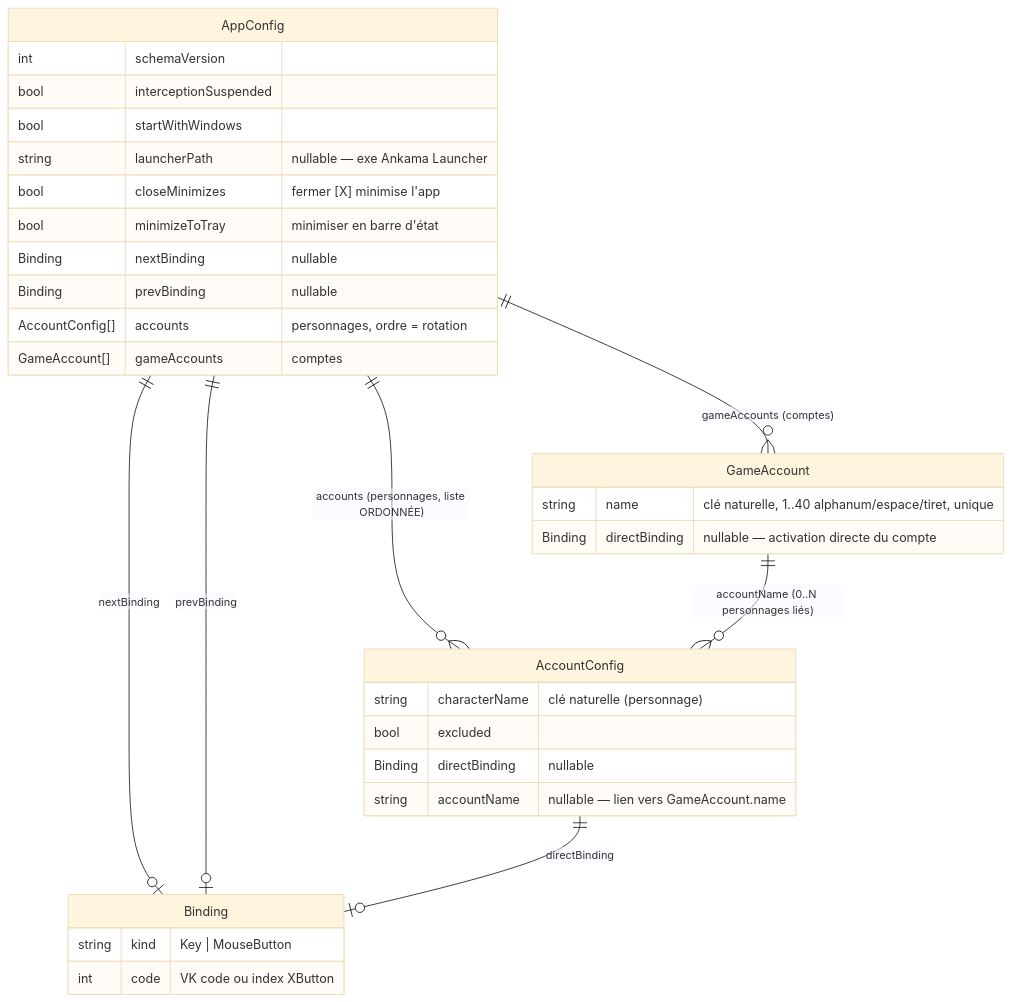
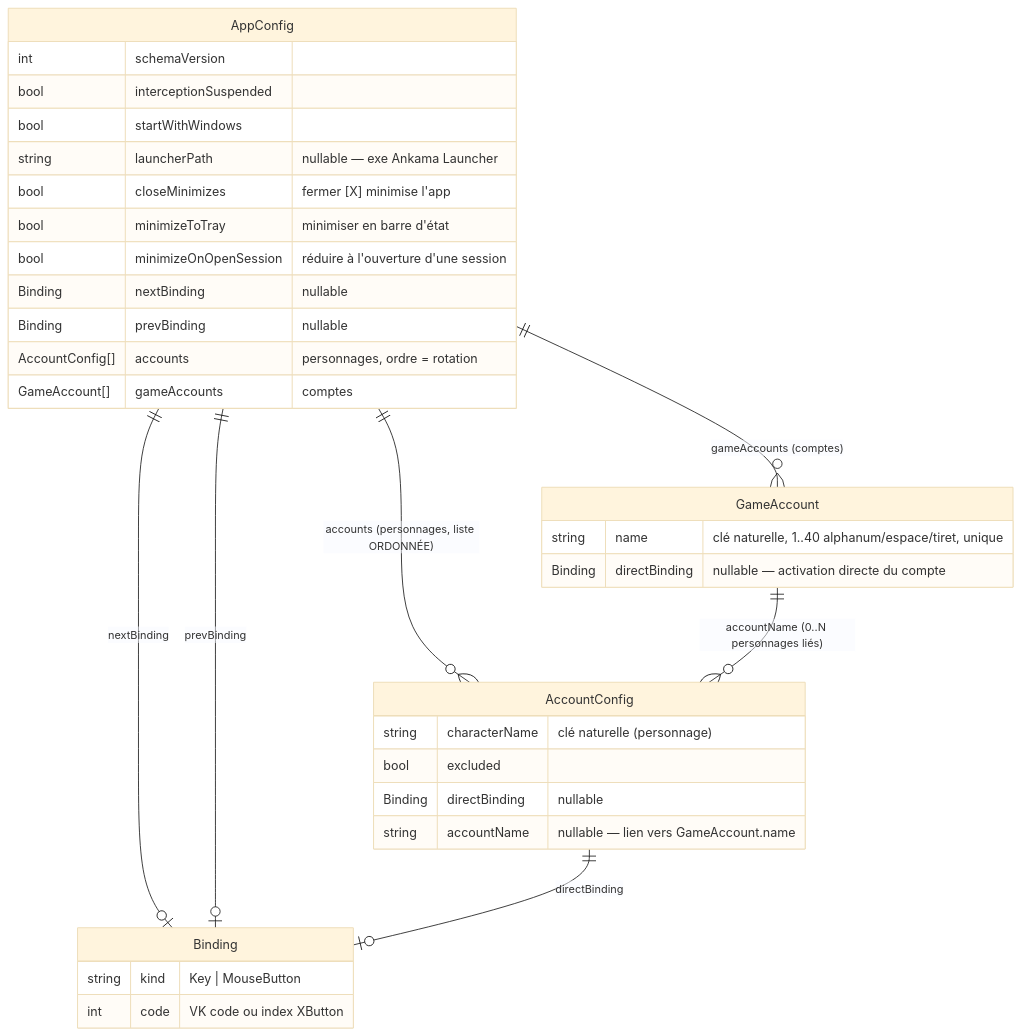
The diagram in docs/data-model.md (seumeurhitmachine/dofusOptimizer), drawn with Mermaid (base theme) before and after one commit. The commit also changed other lines of this file and 27 other files, not shown here.

````diff
--- a/docs/data-model.md
+++ b/docs/data-model.md
@@ -24,36 +24,37 @@
 ```mermaid
 erDiagram
     AppConfig ||--o{ AccountConfig : "accounts (personnages, liste ORDONNÉE)"
     AppConfig ||--o{ GameAccount : "gameAccounts (comptes)"
     AppConfig ||--o| Binding : "nextBinding"
     AppConfig ||--o| Binding : "prevBinding"
     AccountConfig ||--o| Binding : "directBinding"
     GameAccount ||--o{ AccountConfig : "accountName (0..N personnages liés)"
 
     AppConfig {
         int    schemaVersion
         bool   interceptionSuspended
         bool   startWithWindows
         string launcherPath "nullable — exe Ankama Launcher"
         bool   closeMinimizes "fermer [X] minimise l'app"
         bool   minimizeToTray "minimiser en barre d'état"
+        bool   minimizeOnOpenSession "réduire à l'ouverture d'une session"
         Binding nextBinding "nullable"
         Binding prevBinding "nullable"
         AccountConfig[] accounts "personnages, ordre = rotation"
         GameAccount[]   gameAccounts "comptes"
     }
     AccountConfig {
         string  characterName "clé naturelle (personnage)"
         bool    excluded
         Binding directBinding "nullable"
         string  accountName "nullable — lien vers GameAccount.name"
     }
     GameAccount {
         string name "clé naturelle, 1..40 alphanum/espace/tiret, unique"
         Binding directBinding "nullable — activation directe du compte"
     }
     Binding {
         string kind "Key | MouseButton"
         int    code "VK code ou index XButton"
     }
 ```
````
